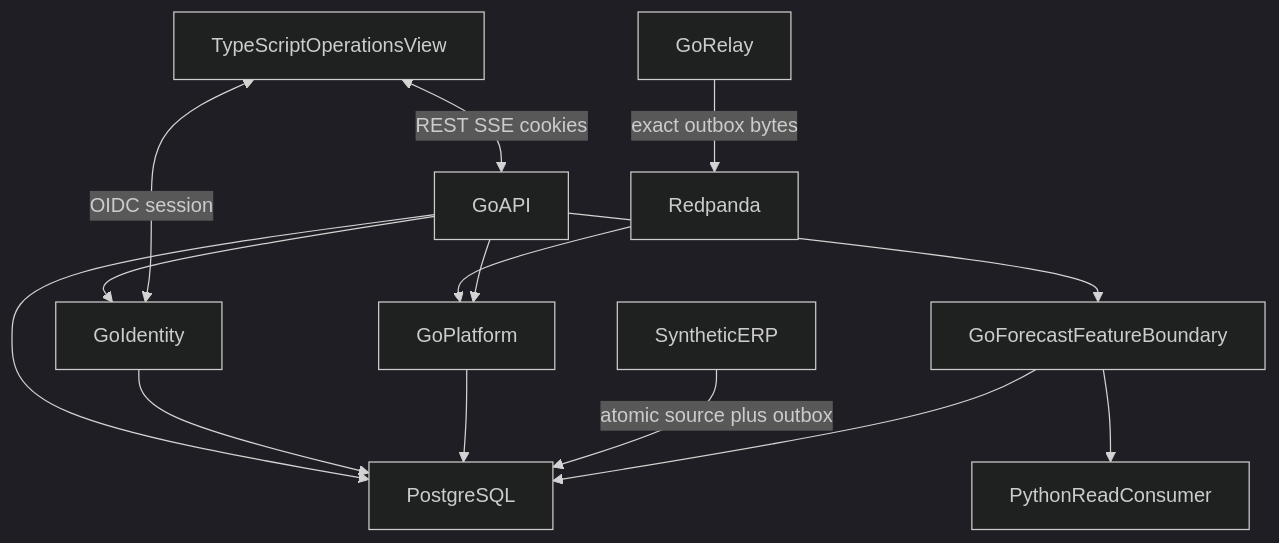
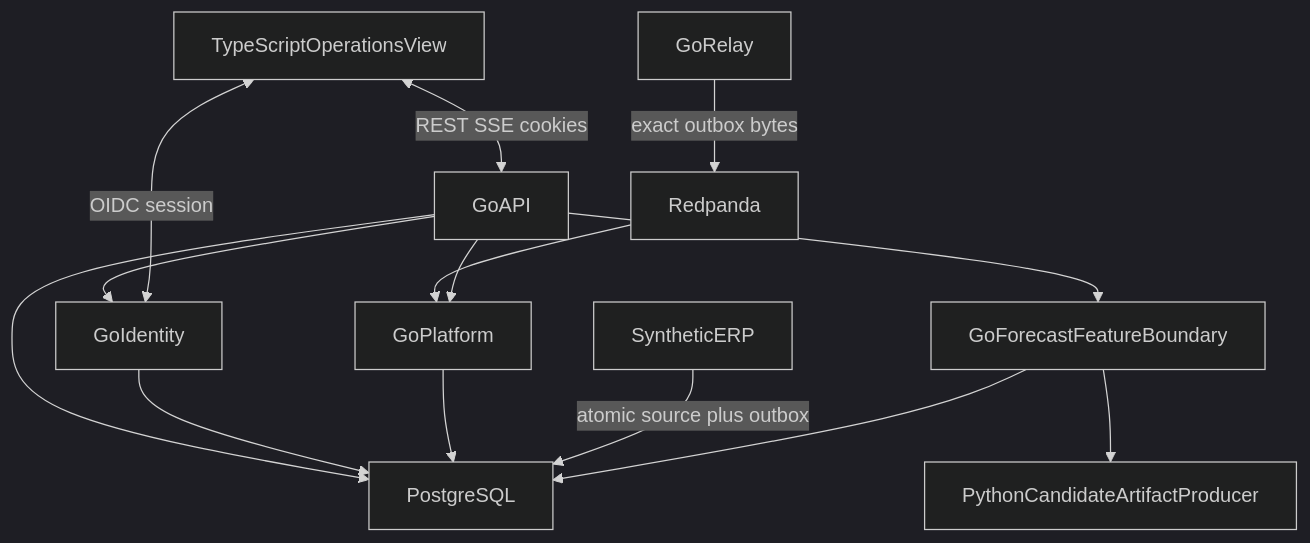
The diagram in docs/architecture/overview.md (G1DO/seshatops), drawn with Mermaid (dark theme) before and after one commit. The commit also changed other lines of this file and 10 other files, not shown here.

````diff
--- a/docs/architecture/overview.md
+++ b/docs/architecture/overview.md
@@ -17,26 +18,26 @@
 ```mermaid
 flowchart TB
   UI[TypeScriptOperationsView]
   ID[GoIdentity]
   API[GoAPI]
   PL[GoPlatform]
   FS[GoForecastFeatureBoundary]
   REL[GoRelay]
   ERP[SyntheticERP]
   BUS[Redpanda]
   PG[PostgreSQL]
-  PY[PythonReadConsumer]
+  PY[PythonCandidateArtifactProducer]
   UI <-->|"REST SSE cookies"| API
   UI <-->|"OIDC session"| ID
   API --> ID
   API --> PL
   API --> FS
   FS --> PG
   FS --> PY
   ERP -->|atomic source plus outbox| PG
   REL -->|exact outbox bytes| BUS
   BUS --> PL
   PL --> PG
   ID --> PG
   API --> PG
 ```
````
